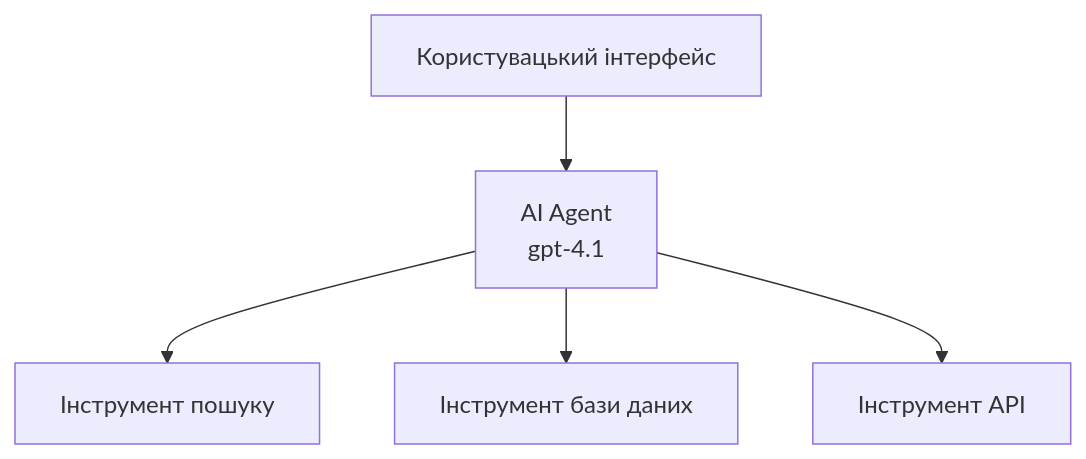
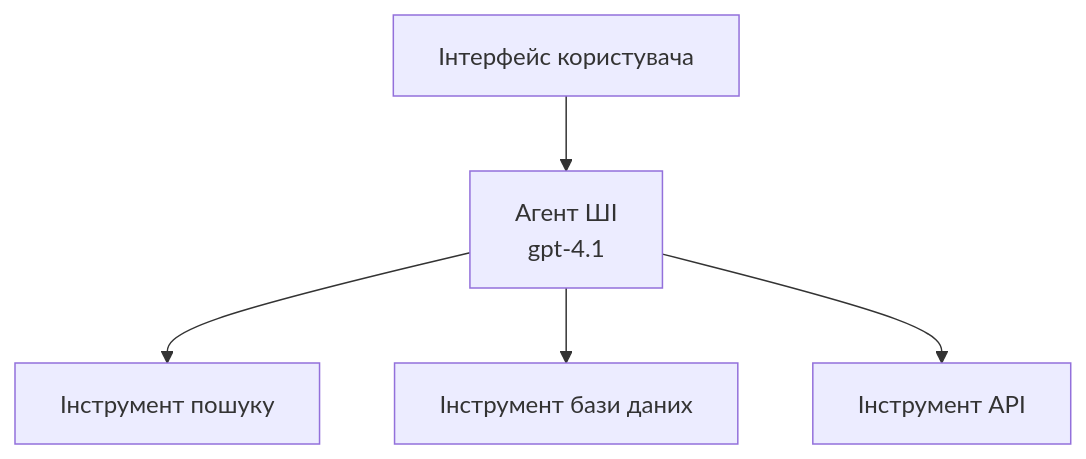
One commit to microsoft/AZD-for-beginners changed the first of 3 diagrams in translations/uk/docs/chapter-02-ai-development/agents.md. Above: the diagram before and after it, drawn with Mermaid. The commit also changed other lines of this file and 104 other files, not shown here.

````diff
--- a/translations/uk/docs/chapter-02-ai-development/agents.md
+++ b/translations/uk/docs/chapter-02-ai-development/agents.md
@@ -157,7 +162,7 @@
 ```mermaid
 graph TD
-    UI[Користувацький інтерфейс] --> Agent[AI Agent<br/>gpt-4.1]
+    UI[Інтерфейс користувача] --> Agent[Агент ШІ<br/>gpt-4.1]
     Agent --> Search[Інструмент пошуку]
     Agent --> Database[Інструмент бази даних]
     Agent --> API[Інструмент API]
 ```
````
